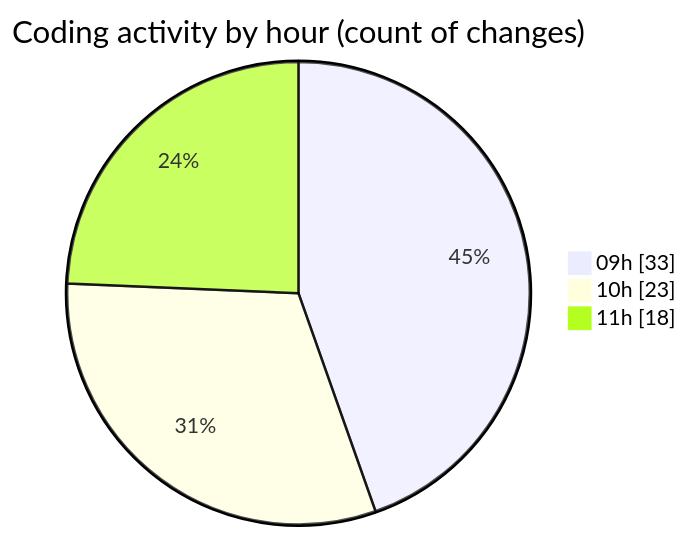
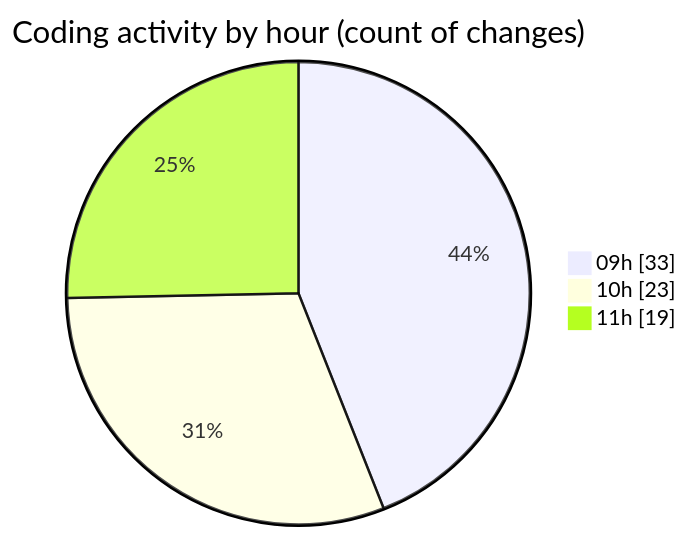
One commit to CELIANVF/code-tracking changed the second of 2 diagrams in 2025-05-20/ecodeli-1/README.md. Above: the diagram before and after it, drawn with Mermaid. The commit also changed other lines of this file and 1 other file, not shown here.

````diff
--- a/2025-05-20/ecodeli-1/README.md
+++ b/2025-05-20/ecodeli-1/README.md
@@ -57,7 +57,7 @@
 ```mermaid
 pie showData
 title Coding activity by hour (count of changes)
 "09h" : 33
 "10h" : 23
-"11h" : 18
+"11h" : 19
 ```
````
